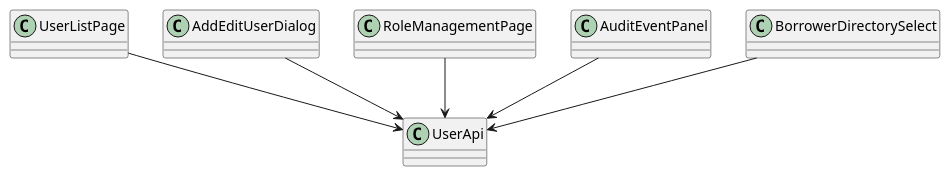
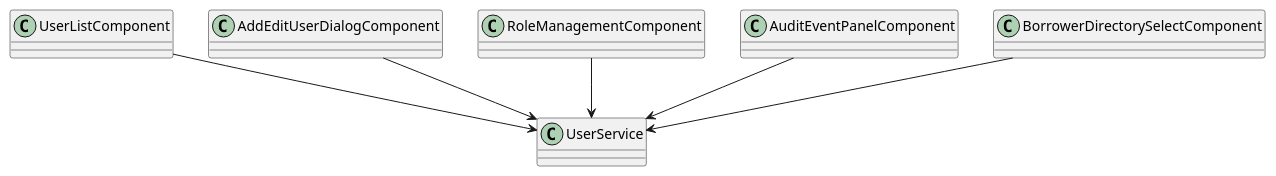
Before and after one commit to QuinntyneBrown/LendQ: the diagram in docs/detailed-designs/diagrams/plantuml/fe_class_user.puml, drawn with PlantUML. The commit also changed 310 other files, not shown here.

```diff
--- a/docs/detailed-designs/diagrams/plantuml/fe_class_user.puml
+++ b/docs/detailed-designs/diagrams/plantuml/fe_class_user.puml
@@ -1,15 +1,15 @@
 @startuml
 skinparam classAttributeIconSize 0
-class UserListPage
-class AddEditUserDialog
-class RoleManagementPage
-class AuditEventPanel
-class BorrowerDirectorySelect
-class UserApi
+class UserListComponent
+class AddEditUserDialogComponent
+class RoleManagementComponent
+class AuditEventPanelComponent
+class BorrowerDirectorySelectComponent
+class UserService
 
-UserListPage --> UserApi
-AddEditUserDialog --> UserApi
-RoleManagementPage --> UserApi
-AuditEventPanel --> UserApi
-BorrowerDirectorySelect --> UserApi
+UserListComponent --> UserService
+AddEditUserDialogComponent --> UserService
+RoleManagementComponent --> UserService
+AuditEventPanelComponent --> UserService
+BorrowerDirectorySelectComponent --> UserService
 @enduml
```
